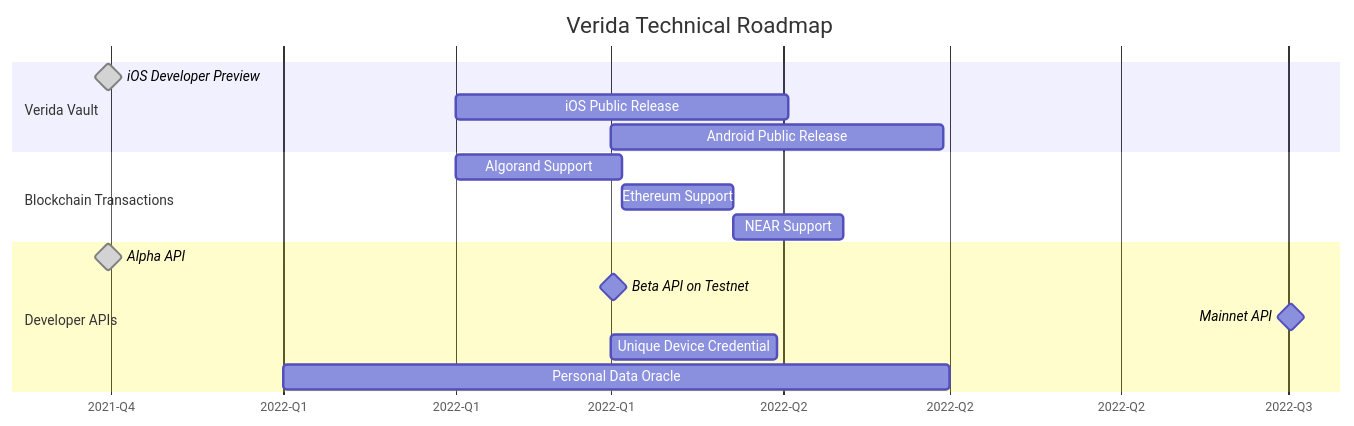
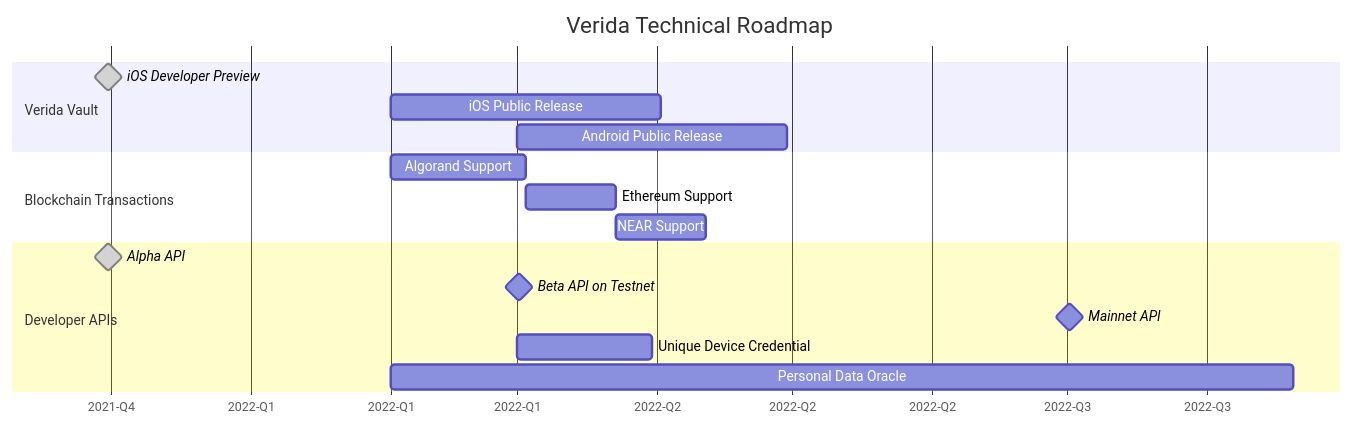
The diagram in docs/capabilities.md (verida/documentation), drawn with Mermaid before and after one commit. The commit also changed other lines of this file and 2 other files, not shown here.

Commit message:
update APIs with new simplified format

````diff
--- a/docs/capabilities.md
+++ b/docs/capabilities.md
@@ -117,24 +117,24 @@
 ```mermaid
 gantt
     title Verida Technical Roadmap
     dateFormat  YYYY-MM-DD
     axisFormat  %Y-Q%q
     todayMarker off
     section Verida Vault
         iOS Developer Preview       :milestone, done, iOSDev, 2021-11-30, 1d
         iOS Public Release          :iOSR1, 2022-02-01, 60d
         Android Public Release      :androidR1, 2022-03-01, 60d
     section Blockchain Transactions
         Algorand Support            :algo, 2022-02-01, 30d
         Ethereum Support            :eth, after algo, 20d
         NEAR Support                :near, after eth, 20d
 
     section Developer APIs
         Alpha API                   :milestone, done, iOSDev, 2021-11-30, 1d
         Beta API on Testnet         :milestone, testnet, 2022-03-01, 1d
         Mainnet API                 :milestone, mainnet, 2022-07-01, 1d
         Unique Device Credential    :udc, 2022-03-01, 30d
-        Personal Data Oracle        :pdo, 2022-01-01, 120d
+        Personal Data Oracle        :pdo, 2022-02-01, 200d
 
 
 ```
````
